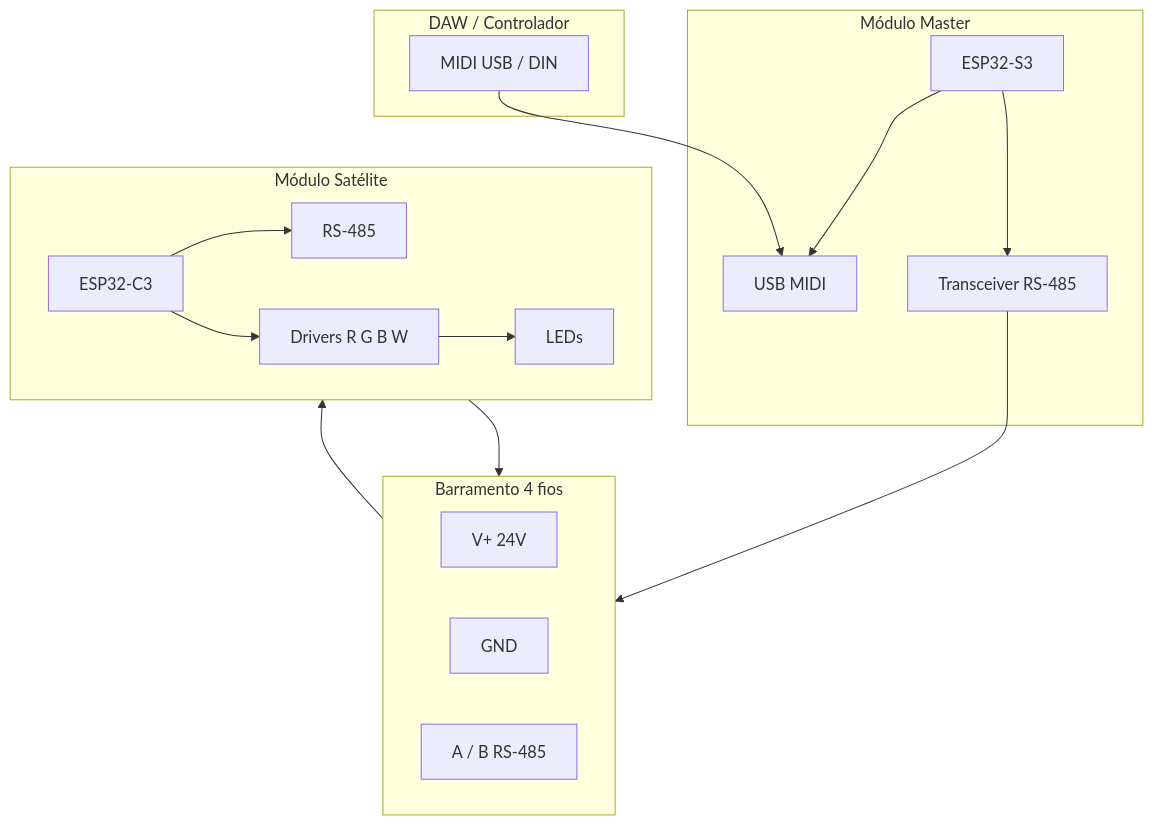
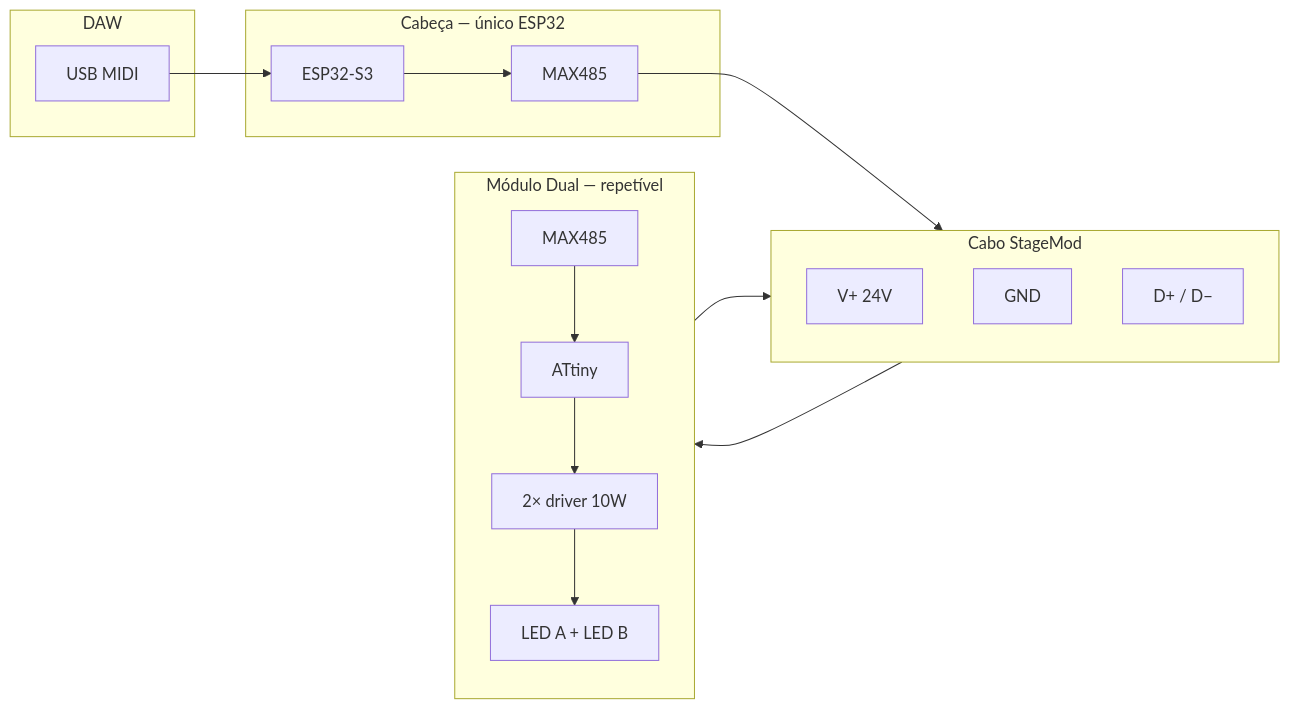
One commit to andreysenes/light changed the diagram in docs/01-ARQUITETURA-MODULAR.md. Above: the diagram before and after it, drawn with Mermaid. The commit also changed other lines of this file and 14 other files, not shown here.

First line of the commit message:
docs: arquitetura v2 — cabeça única, cabo StageMod, módulo dual 2×10W

````diff
--- a/docs/01-ARQUITETURA-MODULAR.md
+++ b/docs/01-ARQUITETURA-MODULAR.md
@@ -5,34 +15,31 @@
 ```mermaid
-flowchart TB
-    subgraph daw [DAW / Controlador]
-        MIDI[MIDI USB / DIN]
+flowchart LR
+    subgraph daw [DAW]
+        MIDI[USB MIDI]
     end
 
-    subgraph master [Módulo Master]
-        ESP_S3[ESP32-S3]
-        USB[USB MIDI]
-        RS_M[Transceiver RS-485]
-        ESP_S3 --> USB
-        ESP_S3 --> RS_M
+    subgraph head [Cabeça — único ESP32]
+        ESP[ESP32-S3]
+        RS_M[MAX485]
+        ESP --> RS_M
     end
 
-    subgraph bus [Barramento 4 fios]
+    subgraph cable [Cabo StageMod]
         V24[V+ 24V]
         GND[GND]
-        AB[A / B RS-485]
+        DP[D+ / D−]
     end
 
-    subgraph mod [Módulo Satélite]
-        ESP_C3[ESP32-C3]
-        RS_S[RS-485]
-        DRV[Drivers R G B W]
-        LED[LEDs]
-        ESP_C3 --> RS_S
-        ESP_C3 --> DRV --> LED
+    subgraph mod [Módulo Dual — repetível]
+        RS_S[MAX485]
+        MCU[ATtiny]
+        DRV[2× driver 10W]
+        LED[LED A + LED B]
+        RS_S --> MCU --> DRV --> LED
     end
 
-    MIDI --> USB
-    RS_M --> bus
-    bus --> mod
-    mod --> bus
+    MIDI --> ESP
+    RS_M --> cable
+    cable --> mod
+    mod --> cable
 ```
````
